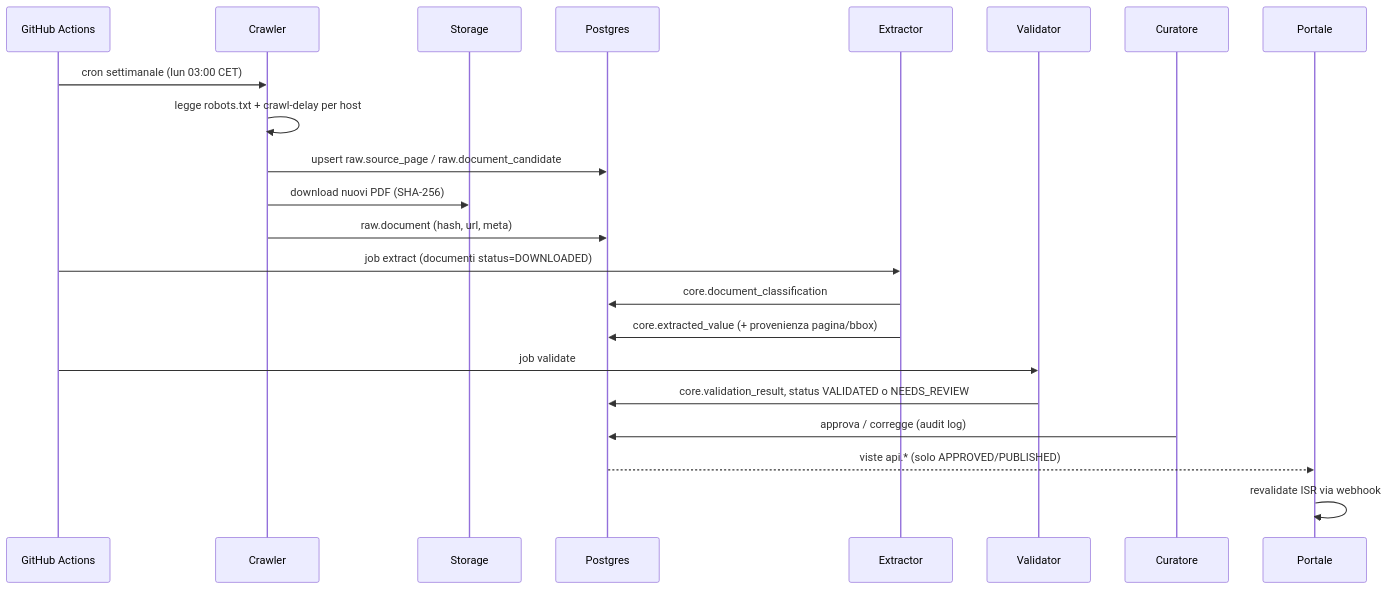
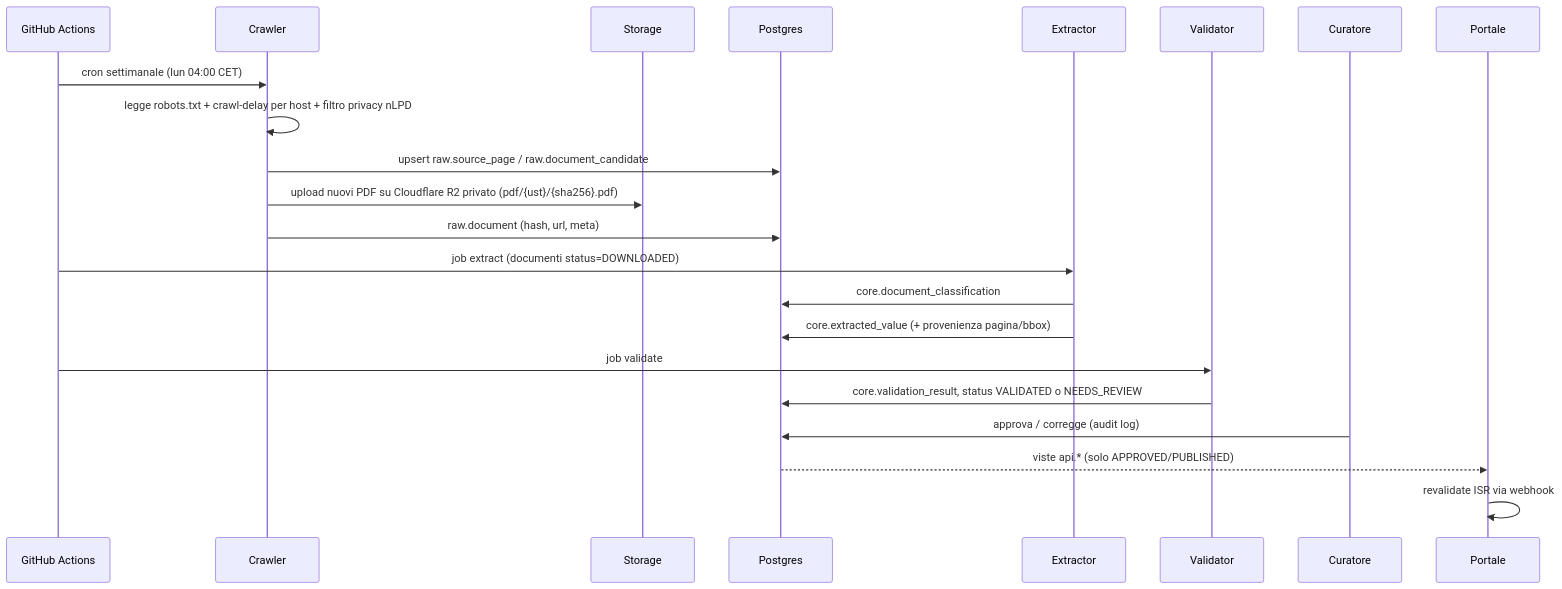
One commit to Toroinpiedi97/ofcl-locarnese changed the second of 2 diagrams in docs/spec/03-architettura.md. Above: the diagram before and after it, drawn with Mermaid. The commit also changed other lines of this file and 10 other files, not shown here.

Commit message:
docs(spec): complete critical SDD audit across 00-14, add civic/feedback DDL and update roadmap tasks

````diff
--- a/docs/spec/03-architettura.md
+++ b/docs/spec/03-architettura.md
@@ -113,25 +114,25 @@
 ```mermaid
 sequenceDiagram
     participant GH as GitHub Actions
     participant C as Crawler
     participant S as Storage
     participant DB as Postgres
     participant X as Extractor
     participant V as Validator
     participant U as Curatore
     participant W as Portale
 
-    GH->>C: cron settimanale (lun 03:00 CET)
-    C->>C: legge robots.txt + crawl-delay per host
+    GH->>C: cron settimanale (lun 04:00 CET)
+    C->>C: legge robots.txt + crawl-delay per host + filtro privacy nLPD
     C->>DB: upsert raw.source_page / raw.document_candidate
-    C->>S: download nuovi PDF (SHA-256)
+    C->>S: upload nuovi PDF su Cloudflare R2 privato (pdf/{ust}/{sha256}.pdf)
     C->>DB: raw.document (hash, url, meta)
     GH->>X: job extract (documenti status=DOWNLOADED)
     X->>DB: core.document_classification
     X->>DB: core.extracted_value (+ provenienza pagina/bbox)
     GH->>V: job validate
     V->>DB: core.validation_result, status VALIDATED o NEEDS_REVIEW
     U->>DB: approva / corregge (audit log)
     DB-->>W: viste api.* (solo APPROVED/PUBLISHED)
     W->>W: revalidate ISR via webhook
 ```
````
